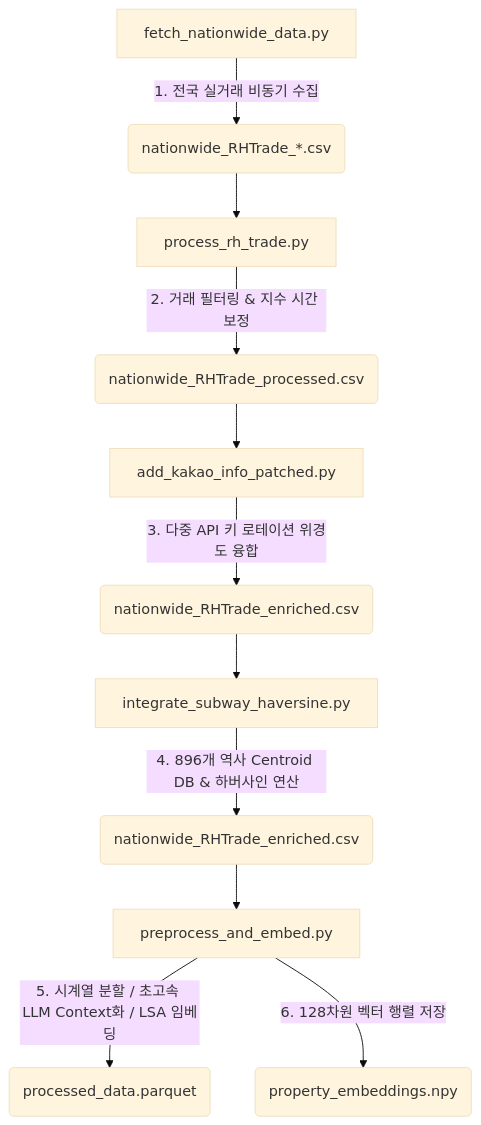
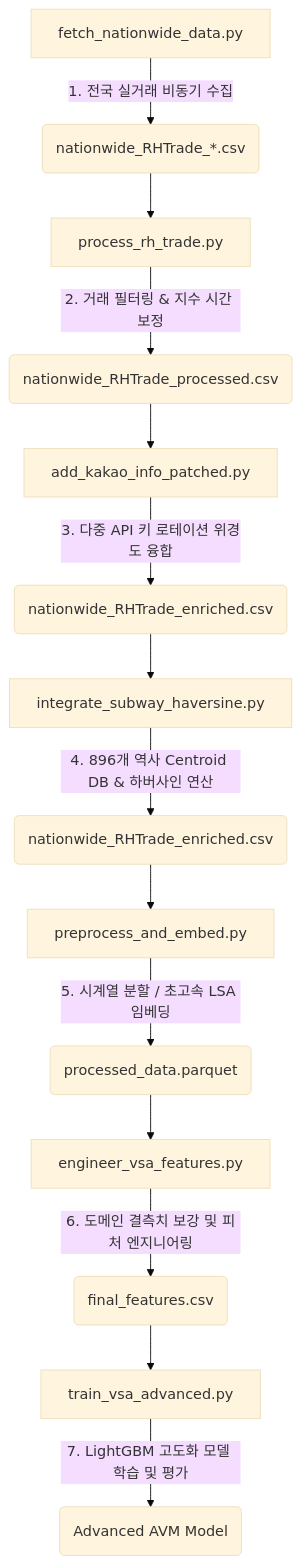
One commit to code920309/VSA-AVM-Engine changed the diagram in README.md. Above: the diagram before and after it, drawn with Mermaid (base theme). The commit also changed other lines of this file and 40 other files, not shown here.

Commit message:
Update AVM engine and compressed large data assets

````diff
--- a/README.md
+++ b/README.md
@@ -17,13 +20,16 @@
 ```mermaid
 graph TD
     A[fetch_nationwide_data.py] -->|1. 전국 실거래 비동기 수집| B(nationwide_RHTrade_*.csv)
     B --> C[process_rh_trade.py]
     C -->|2. 거래 필터링 & 지수 시간 보정| D(nationwide_RHTrade_processed.csv)
     D --> E[add_kakao_info_patched.py]
     E -->|3. 다중 API 키 로테이션 위경도 융합| F(nationwide_RHTrade_enriched.csv)
     F --> G[integrate_subway_haversine.py]
     G -->|4. 896개 역사 Centroid DB & 하버사인 연산| H(nationwide_RHTrade_enriched.csv)
     H --> I[preprocess_and_embed.py]
-    I -->|5. 시계열 분할 / 초고속 LLM Context화 / LSA 임베딩| J(processed_data.parquet)
-    I -->|6. 128차원 벡터 행렬 저장| K(property_embeddings.npy)
+    I -->|5. 시계열 분할 / 초고속 LSA 임베딩| J(processed_data.parquet)
+    J --> K[engineer_vsa_features.py]
+    K -->|6. 도메인 결측치 보강 및 피처 엔지니어링| L(final_features.csv)
+    L --> M[train_vsa_advanced.py]
+    M -->|7. LightGBM 고도화 모델 학습 및 평가| N(Advanced AVM Model)
 ```
````
